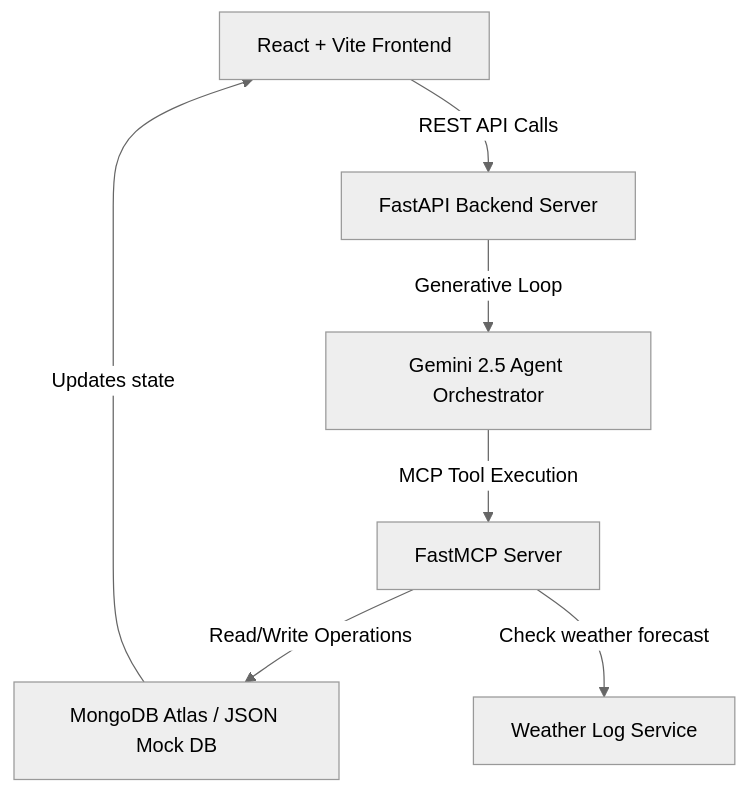
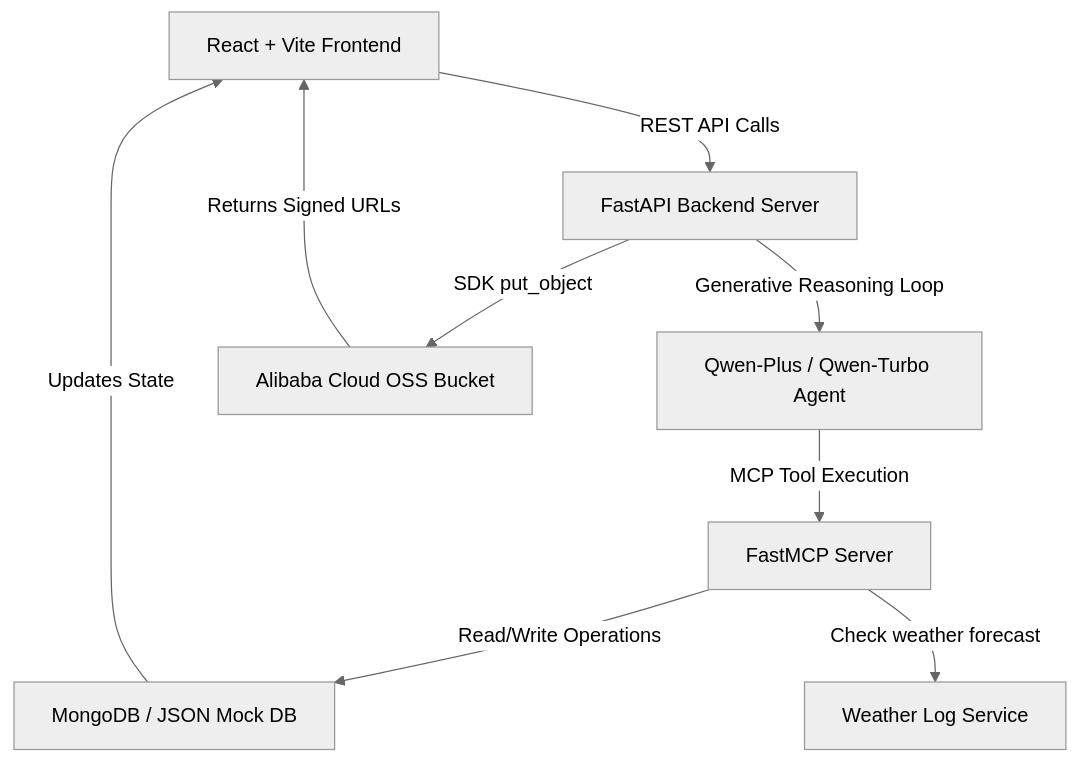
Before and after one commit to tanDivina/IslandFlow-Qwen: the diagram in README.md, drawn with Mermaid (neutral theme). The commit also changed other lines of this file and 7 other files, not shown here.

Commit message:
chore: align default models to qwen3.7-plus and add comprehensive submission guide

````diff
--- a/README.md
+++ b/README.md
@@ -25,9 +33,11 @@
 ```mermaid
 graph TD
     A[React + Vite Frontend] -->|REST API Calls| B[FastAPI Backend Server]
-    B -->|Generative Loop| C[Gemini 2.5 Agent Orchestrator]
+    B -->|Generative Reasoning Loop| C[Qwen-Plus / Qwen-Turbo Agent]
     C -->|MCP Tool Execution| D[FastMCP Server]
-    D -->|Read/Write Operations| E[MongoDB Atlas / JSON Mock DB]
+    D -->|Read/Write Operations| E[MongoDB / JSON Mock DB]
     D -->|Check weather forecast| F[Weather Log Service]
-    E -->|Updates state| A
+    B -->|SDK put_object| G[Alibaba Cloud OSS Bucket]
+    G -->|Returns Signed URLs| A
+    E -->|Updates State| A
 ```
````
